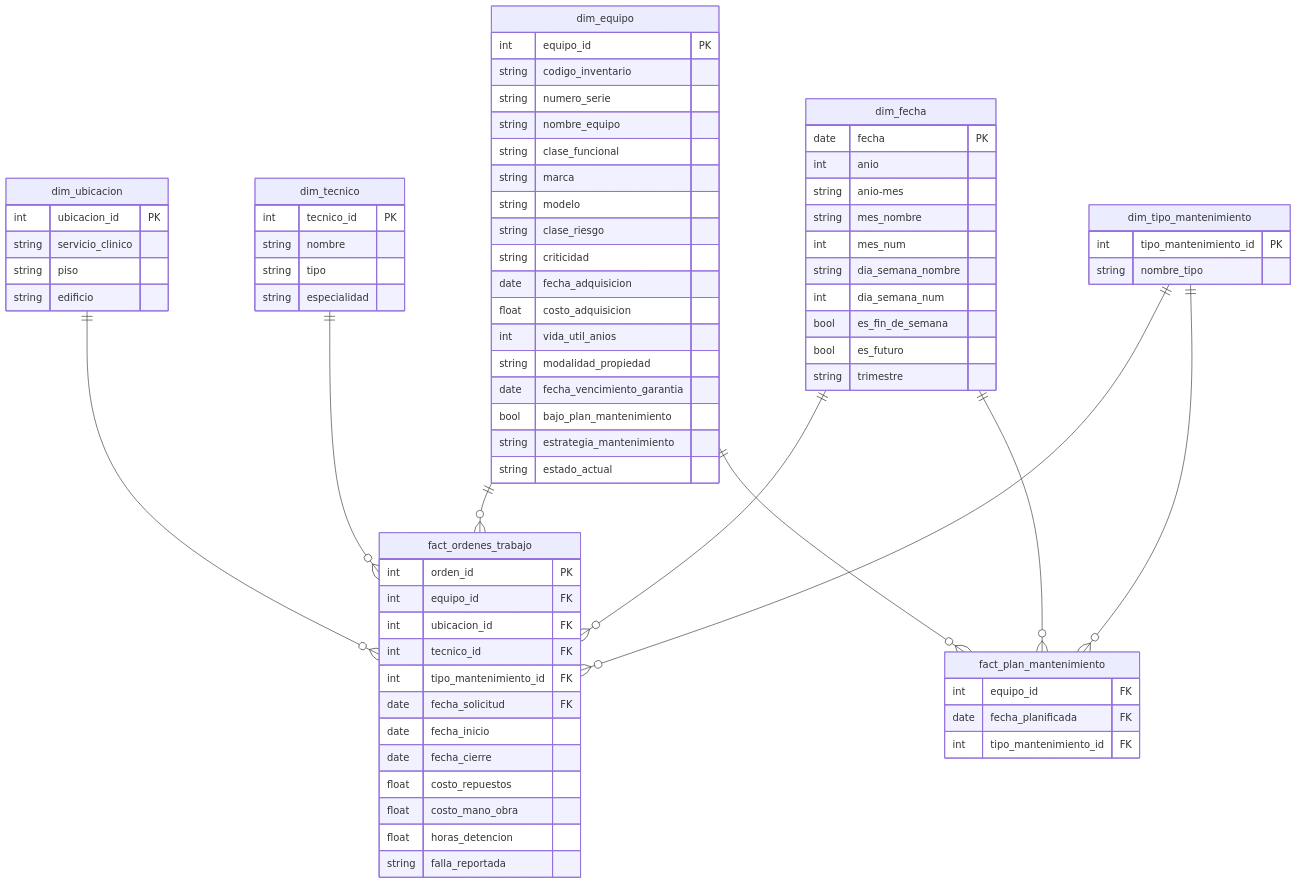
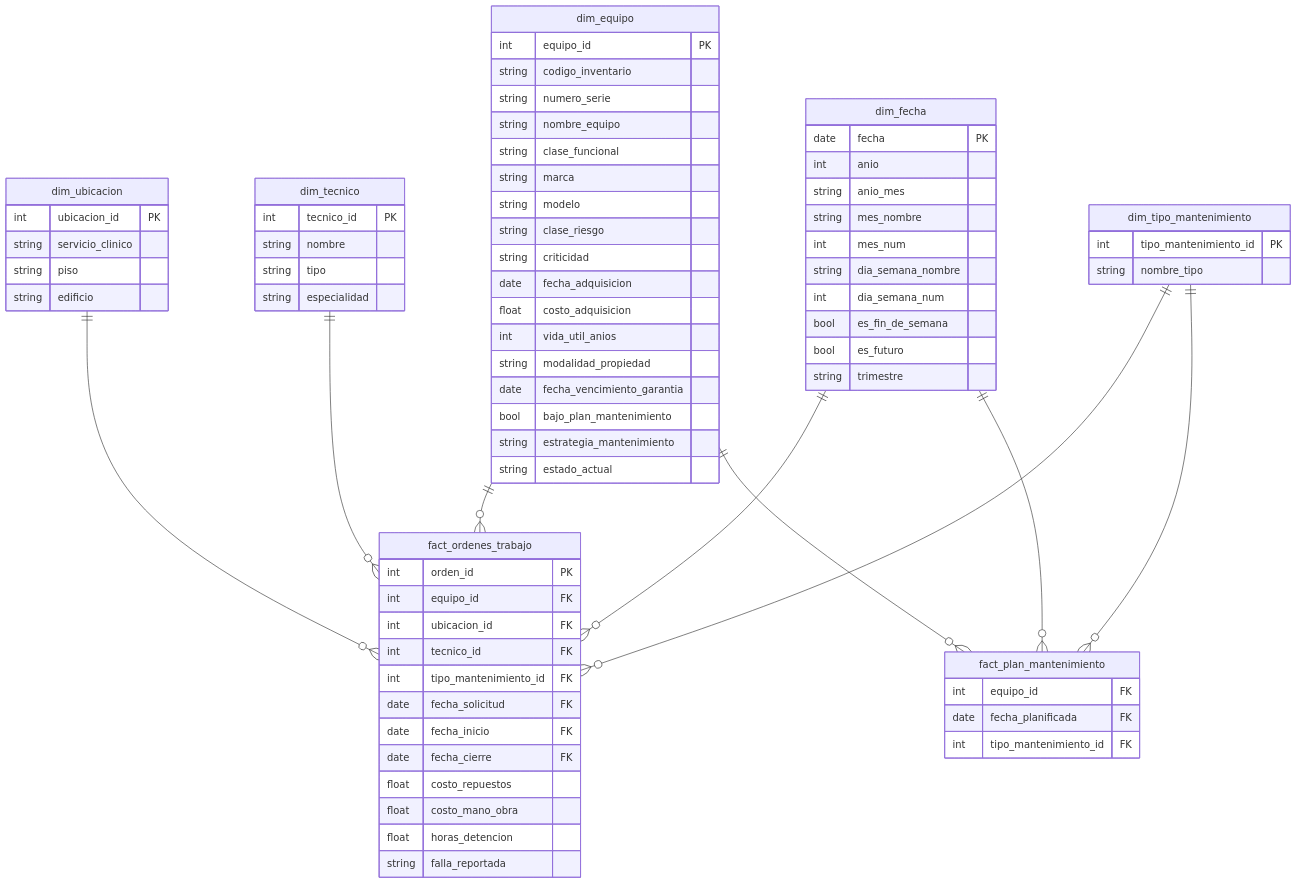
The diagram in README.md (wawa1806/hospital-equipment-dashboard), drawn with Mermaid before and after one commit. The commit also changed other lines of this file and 167 other files, not shown here.

```diff
--- a/README.md
+++ b/README.md
@@ -42,8 +110,8 @@
         int tecnico_id FK
         int tipo_mantenimiento_id FK
         date fecha_solicitud FK
-        date fecha_inicio
-        date fecha_cierre
+        date fecha_inicio FK
+        date fecha_cierre FK
         float costo_repuestos
         float costo_mano_obra
         float horas_detencion
@@ -98,7 +166,7 @@
     dim_fecha{
         date fecha PK
         int anio
-        string anio-mes
+        string anio_mes
         string mes_nombre
         int mes_num
         string dia_semana_nombre
```
